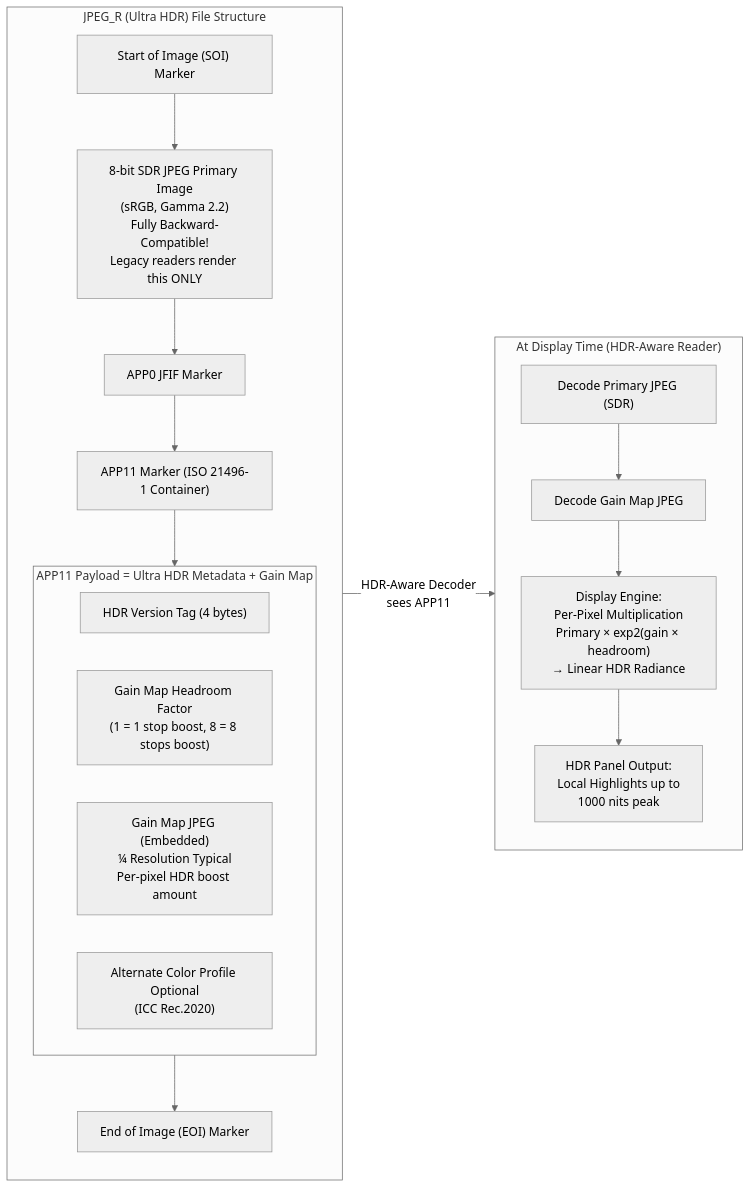
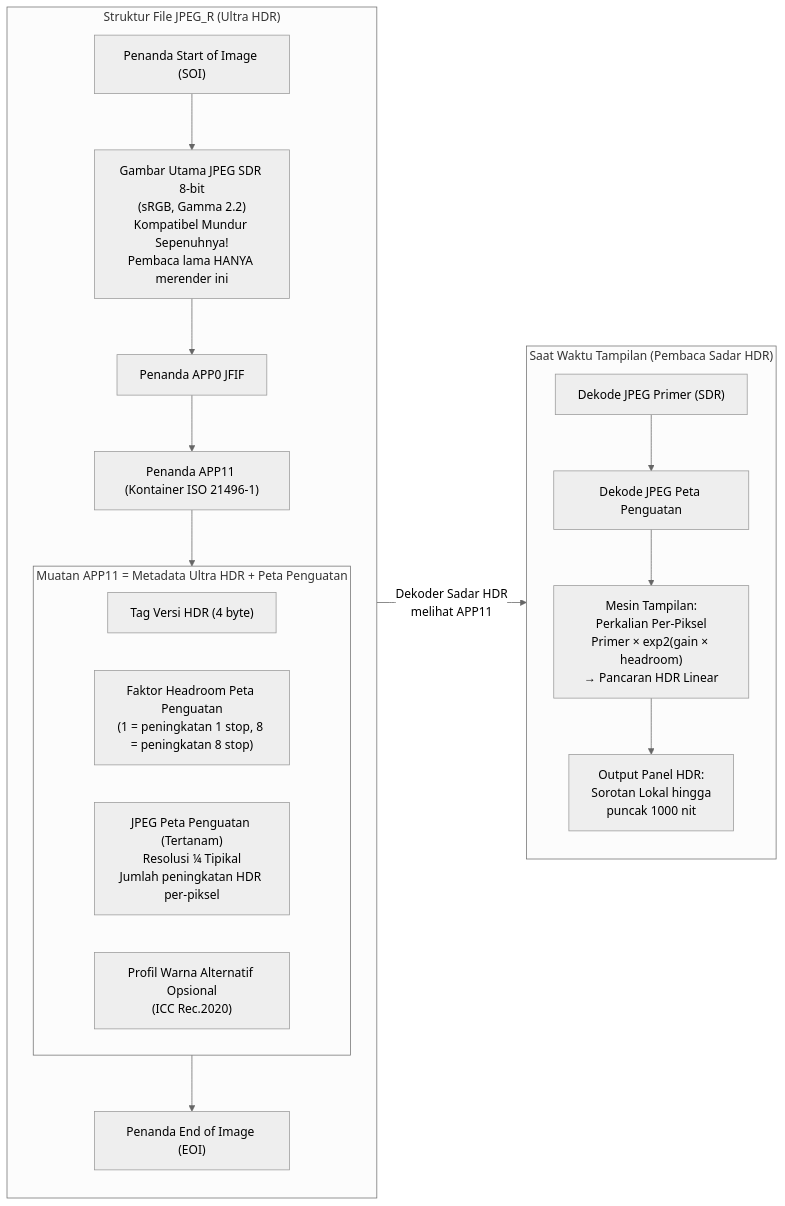
The second of 2 diagrams in website/i18n/id/docusaurus-plugin-content-docs/current/camera2/hdr-and-ultra-hdr.md (zoozooll/AndroidCameraParameters), drawn with Mermaid (neutral theme) before and after one commit. The commit also changed other lines of this file and 378 other files, not shown here.

````diff
--- a/website/i18n/id/docusaurus-plugin-content-docs/current/camera2/hdr-and-ultra-hdr.md
+++ b/website/i18n/id/docusaurus-plugin-content-docs/current/camera2/hdr-and-ultra-hdr.md
@@ -198,25 +198,25 @@
 ```mermaid
 flowchart LR
-    subgraph FILE["JPEG_R (Ultra HDR) File Structure"]
+    subgraph FILE["Struktur File JPEG_R (Ultra HDR)"]
         direction TB
-        SOI["Start of Image (SOI) Marker"] --> PRIMARY["8-bit SDR JPEG Primary Image\n(sRGB, Gamma 2.2)\nFully Backward-Compatible!\nLegacy readers render this ONLY"]
-        PRIMARY --> APP0["APP0 JFIF Marker"]
-        APP0 --> APP11["APP11 Marker (ISO 21496-1 Container)"]
-        subgraph GAINMAP["APP11 Payload = Ultra HDR Metadata + Gain Map"]
-            GM1["HDR Version Tag (4 bytes)"]
-            GM2["Gain Map Headroom Factor\n(1 = 1 stop boost, 8 = 8 stops boost)"]
-            GM3["Gain Map JPEG (Embedded)\n¼ Resolution Typical\nPer-pixel HDR boost amount"]
-            GM4["Alternate Color Profile Optional\n(ICC Rec.2020)"]
+        SOI["Penanda Start of Image (SOI)"] --> PRIMARY["Gambar Utama JPEG SDR 8-bit<br/>(sRGB, Gamma 2.2)<br/>Kompatibel Mundur Sepenuhnya!<br/>Pembaca lama HANYA merender ini"]
+        PRIMARY --> APP0["Penanda APP0 JFIF"]
+        APP0 --> APP11["Penanda APP11 (Kontainer ISO 21496-1)"]
+        subgraph GAINMAP["Muatan APP11 = Metadata Ultra HDR + Peta Penguatan"]
+            GM1["Tag Versi HDR (4 byte)"]
+            GM2["Faktor Headroom Peta Penguatan<br/>(1 = peningkatan 1 stop, 8 = peningkatan 8 stop)"]
+            GM3["JPEG Peta Penguatan (Tertanam)<br/>Resolusi ¼ Tipikal<br/>Jumlah peningkatan HDR per-piksel"]
+            GM4["Profil Warna Alternatif Opsional<br/>(ICC Rec.2020)"]
         end
         APP11 --> GAINMAP
-        GAINMAP --> EOI["End of Image (EOI) Marker"]
+        GAINMAP --> EOI["Penanda End of Image (EOI)"]
     end
 
-    subgraph RENDER["At Display Time (HDR-Aware Reader)"]
-        R1["Decode Primary JPEG (SDR)"] --> R2["Decode Gain Map JPEG"]
-        R2 --> R3["Display Engine:\nPer-Pixel Multiplication\nPrimary × exp2(gain × headroom)\n→ Linear HDR Radiance"]
-        R3 --> R4["HDR Panel Output:\nLocal Highlights up to\n1000 nits peak"]
+    subgraph RENDER["Saat Waktu Tampilan (Pembaca Sadar HDR)"]
+        R1["Dekode JPEG Primer (SDR)"] --> R2["Dekode JPEG Peta Penguatan"]
+        R2 --> R3["Mesin Tampilan:<br/>Perkalian Per-Piksel<br/>Primer × exp2(gain × headroom)<br/>→ Pancaran HDR Linear"]
+        R3 --> R4["Output Panel HDR:<br/>Sorotan Lokal hingga<br/>puncak 1000 nit"]
     end
 
-    FILE -->|"HDR-Aware Decoder\nsees APP11"| RENDER
+    FILE -->|"Dekoder Sadar HDR<br/>melihat APP11"| RENDER
 ```
````
